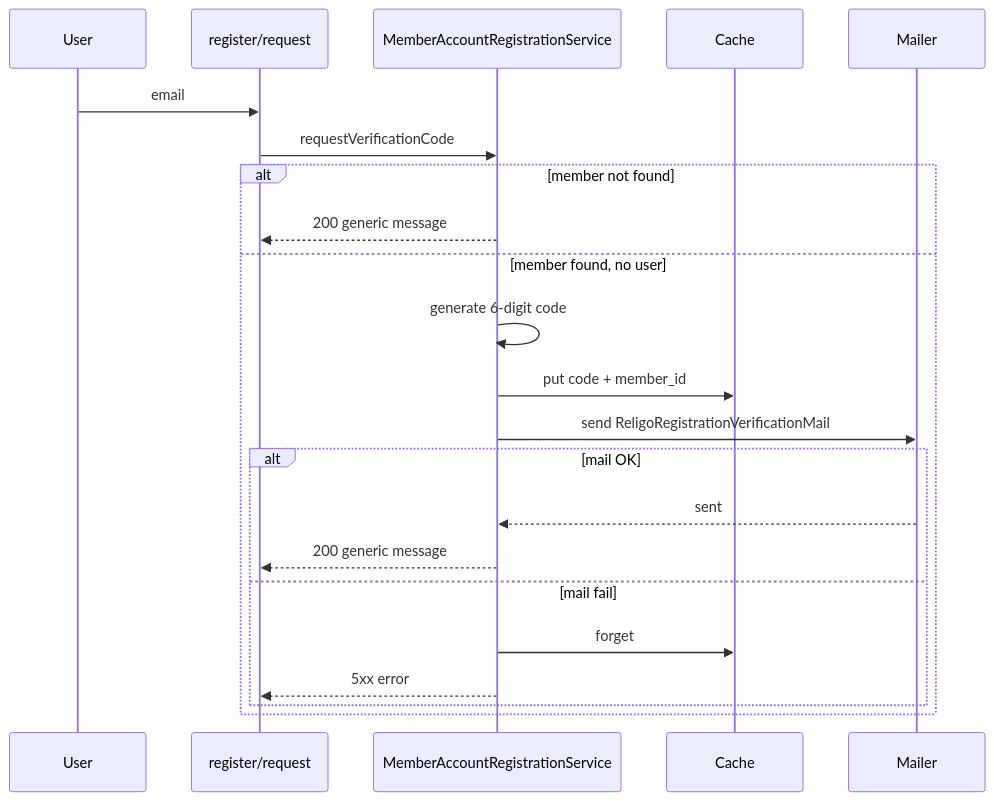
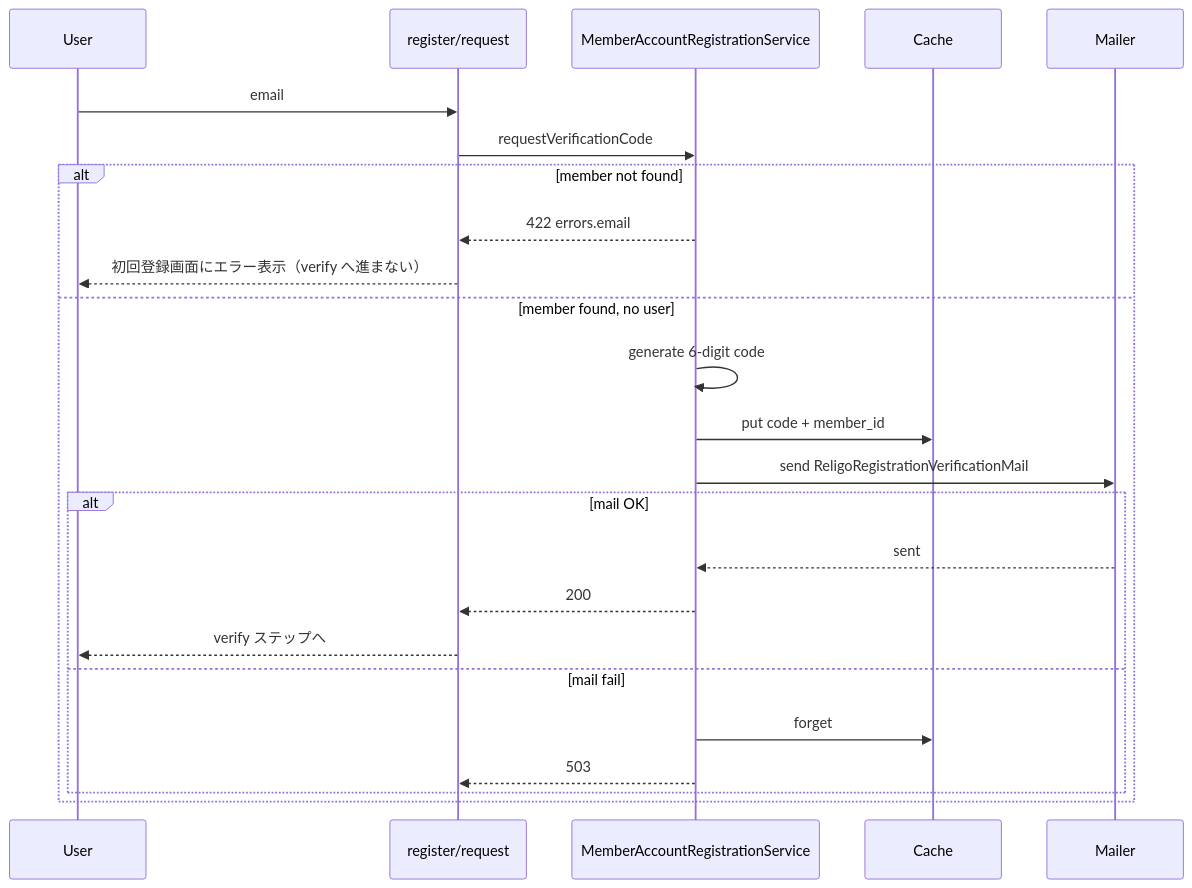
One commit to tugilo/dragonfly changed the diagram in docs/SSOT/AUTH_REGISTRATION_EMAIL_REQUIREMENTS.md. Above: the diagram before and after it, drawn with Mermaid. The commit also changed other lines of this file and 11 other files, not shown here.

First line of the commit message:
Phase 149–150: show registration error when member email is unknown

````diff
--- a/docs/SSOT/AUTH_REGISTRATION_EMAIL_REQUIREMENTS.md
+++ b/docs/SSOT/AUTH_REGISTRATION_EMAIL_REQUIREMENTS.md
@@ -192,25 +216,27 @@
 ```mermaid
 sequenceDiagram
     participant U as User
     participant API as register/request
     participant S as MemberAccountRegistrationService
     participant C as Cache
     participant M as Mailer
 
     U->>API: email
     API->>S: requestVerificationCode
     alt member not found
-        S-->>API: 200 generic message
+        S-->>API: 422 errors.email
+        API-->>U: 初回登録画面にエラー表示（verify へ進まない）
     else member found, no user
         S->>S: generate 6-digit code
         S->>C: put code + member_id
         S->>M: send ReligoRegistrationVerificationMail
         alt mail OK
             M-->>S: sent
-            S-->>API: 200 generic message
+            S-->>API: 200
+            API-->>U: verify ステップへ
         else mail fail
             S->>C: forget
-            S-->>API: 5xx error
+            S-->>API: 503
         end
     end
 ```
````
